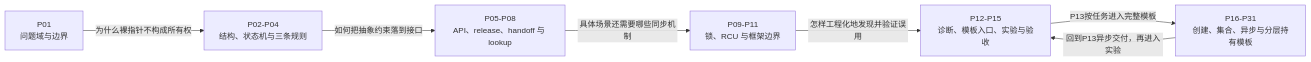
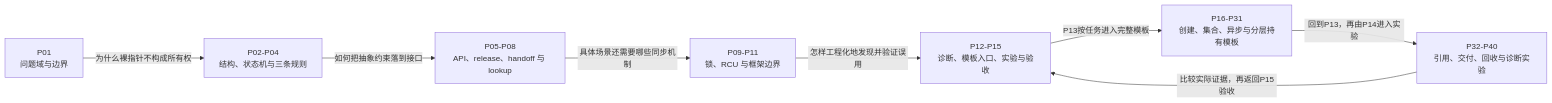
Before and after one commit to FormingSystem/linux_note: the diagram in knowledge/linux/object_lifetime/kref/大纲.md, drawn with Mermaid. The commit also changed other lines of this file and 13 other files, not shown here.

````diff
--- a/knowledge/linux/object_lifetime/kref/大纲.md
+++ b/knowledge/linux/object_lifetime/kref/大纲.md
@@ -21,16 +21,18 @@
 ```mermaid
 flowchart LR
     A["P01<br/>问题域与边界"]
     B["P02-P04<br/>结构、状态机与三条规则"]
     C["P05-P08<br/>API、release、handoff 与 lookup"]
     D["P09-P11<br/>锁、RCU 与框架边界"]
     E["P12-P15<br/>诊断、模板入口、实验与验收"]
     T["P16-P31<br/>创建、集合、异步与分层持有模板"]
+    X["P32-P40<br/>引用、交付、回收与诊断实验"]
 
     A -->|"为什么裸指针不构成所有权"| B
     B -->|"如何把抽象约束落到接口"| C
     C -->|"具体场景还需要哪些同步机制"| D
     D -->|"怎样工程化地发现并验证误用"| E
     E -->|"P13按任务进入完整模板"| T
-    T -->|"回到P13异步交付，再进入实验"| E
+    T -->|"回到P13，再由P14进入实验"| X
+    X -->|"比较实际证据，再返回P15验收"| E
 ```
````
